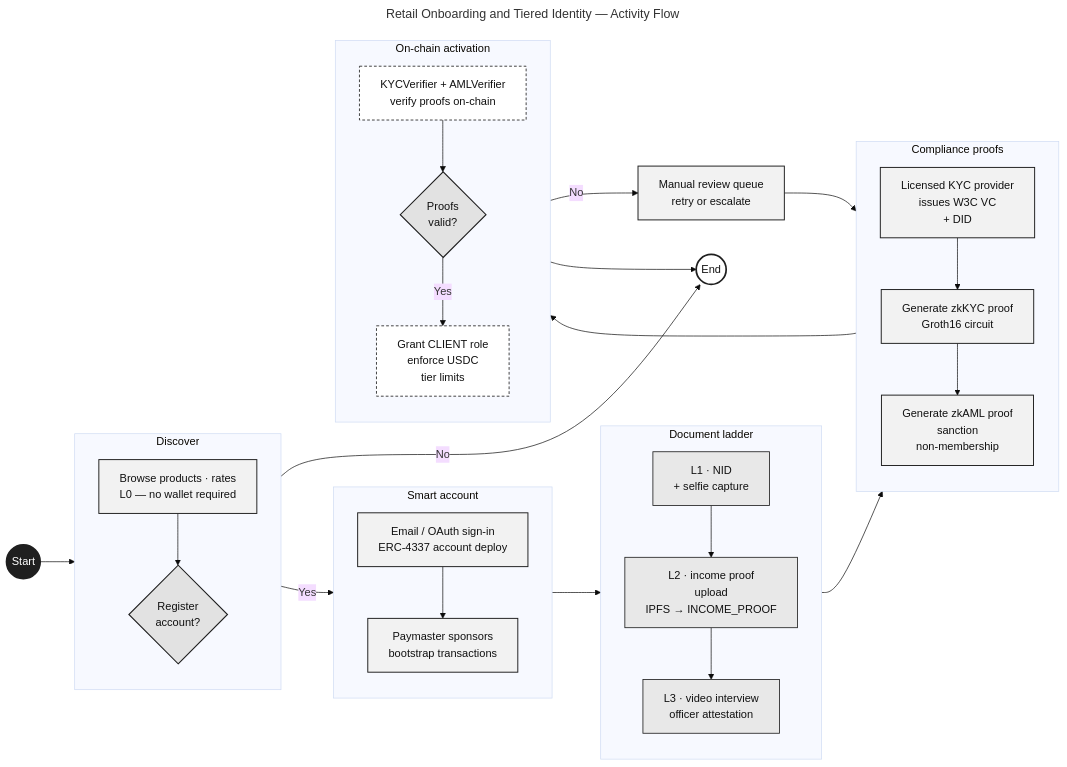
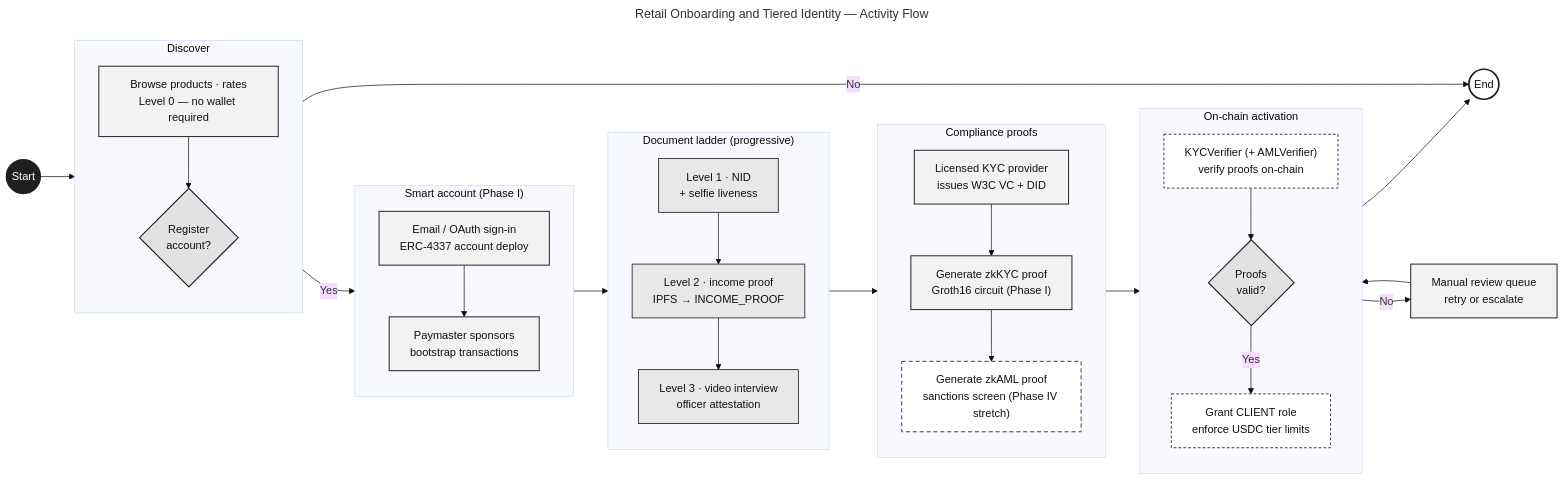
Before and after one commit to Yuvraajrahman/Cryto-World-Bank: the diagram in Documentation/Diagrams/mermaid-src/improved diagrams/fig-activity-onboarding-id.mmd, drawn with Mermaid (base theme). The commit also changed 214 other files, not shown here.

Commit message:
diagram updated

```diff
--- a/Documentation/Diagrams/mermaid-src/improved diagrams/fig-activity-onboarding-id.mmd
+++ b/Documentation/Diagrams/mermaid-src/improved diagrams/fig-activity-onboarding-id.mmd
@@ -1,60 +1,61 @@
 ---
 title: Retail Onboarding and Tiered Identity — Activity Flow
 ---
 flowchart LR
     classDef start  fill:#1F1F1F,color:#FFFFFF,stroke:#1F1F1F,stroke-width:2.5px
     classDef finish fill:#FFFFFF,color:#111111,stroke:#1F1F1F,stroke-width:2.5px
     classDef lane   fill:#FAFAFA,stroke:#1F1F1F,stroke-width:1.6px,color:#111111
     classDef act    fill:#F2F2F2,stroke:#1F1F1F,stroke-width:1.4px,color:#111111
     classDef dec    fill:#E2E2E2,stroke:#1F1F1F,stroke-width:1.6px,color:#111111
     classDef tier   fill:#E8E8E8,stroke:#1F1F1F,stroke-width:1.2px,color:#111111
     classDef chain  fill:#FFFFFF,stroke:#1F1F1F,stroke-width:1.2px,color:#111111,stroke-dasharray:4 3
+    classDef stretch fill:#FFFFFF,stroke:#1F1F1F,stroke-width:1.2px,color:#111111,stroke-dasharray:6 4
 
     S(("Start")):::start
 
     subgraph L1[" Discover "]
         direction TB
-        A1["Browse products · rates<br/>L0 — no wallet required"]:::act
+        A1["Browse products · rates<br/>Level 0 — no wallet required"]:::act
         A2{Register<br/>account?}:::dec
         A1 --> A2
     end
 
-    subgraph L2[" Smart account "]
+    subgraph L2[" Smart account (Phase I) "]
         direction TB
         B1["Email / OAuth sign-in<br/>ERC-4337 account deploy"]:::act
         B2["Paymaster sponsors<br/>bootstrap transactions"]:::act
         B1 --> B2
     end
 
-    subgraph L3[" Document ladder "]
+    subgraph L3[" Document ladder (progressive) "]
         direction TB
-        C1["L1 · NID<br/>+ selfie capture"]:::tier
-        C2["L2 · income proof<br/>upload<br/>IPFS → INCOME_PROOF"]:::tier
-        C3["L3 · video interview<br/>officer attestation"]:::tier
+        C1["Level 1 · NID<br/>+ selfie liveness"]:::tier
+        C2["Level 2 · income proof<br/>IPFS → INCOME_PROOF"]:::tier
+        C3["Level 3 · video interview<br/>officer attestation"]:::tier
         C1 --> C2 --> C3
     end
 
     subgraph L4[" Compliance proofs "]
         direction TB
-        D1["Licensed KYC provider<br/>issues W3C VC<br/>+ DID"]:::act
-        D2["Generate zkKYC proof<br/>Groth16 circuit"]:::act
-        D3["Generate zkAML proof<br/>sanction<br/>non-membership"]:::act
+        D1["Licensed KYC provider<br/>issues W3C VC + DID"]:::act
+        D2["Generate zkKYC proof<br/>Groth16 circuit (Phase I)"]:::act
+        D3["Generate zkAML proof<br/>sanctions screen (Phase IV stretch)"]:::stretch
         D1 --> D2 --> D3
     end
 
     subgraph L5[" On-chain activation "]
         direction TB
-        E1["KYCVerifier + AMLVerifier<br/>verify proofs on-chain"]:::chain
+        E1["KYCVerifier (+ AMLVerifier)<br/>verify proofs on-chain"]:::chain
         E2{Proofs<br/>valid?}:::dec
-        E3["Grant CLIENT role<br/>enforce USDC<br/>tier limits"]:::chain
+        E3["Grant CLIENT role<br/>enforce USDC tier limits"]:::chain
         E1 --> E2
         E2 -- "Yes" --> E3
     end
 
     EN(("End")):::finish
 
     S --> L1
     A2 -- "No" --> EN
     A2 -- "Yes" --> L2 --> L3 --> L4 --> L5
-    E2 -- "No" --> R1["Manual review queue<br/>retry or escalate"]:::act --> D2
+    E2 -- "No" --> R1["Manual review queue<br/>retry or escalate"]:::act --> E1
     E3 --> EN
```
